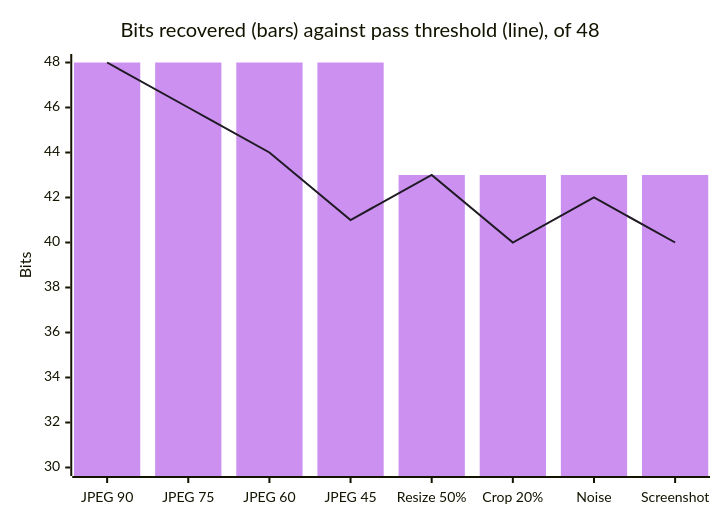
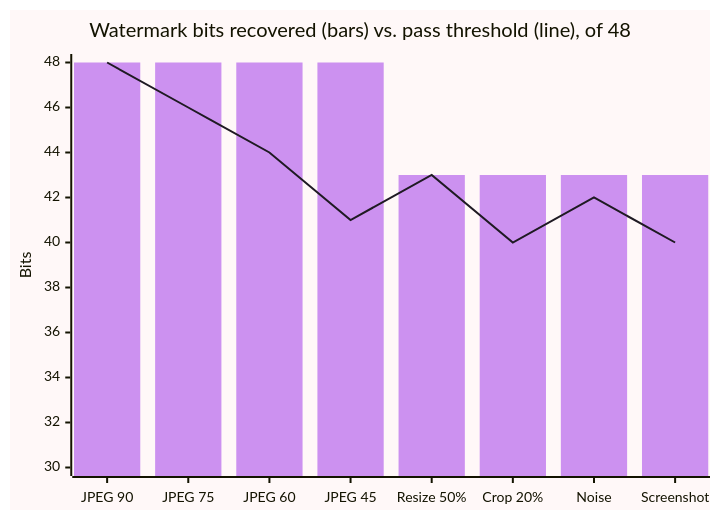
One commit to TIRTHPATEL3086/idex_trinetra changed the fourth of 4 diagrams in README.md. Above: the diagram before and after it, drawn with Mermaid. The commit also changed other lines of this file, not shown here.

````diff
--- a/README.md
+++ b/README.md
@@ -90,9 +191,9 @@
 ```mermaid
-%%{init: {'theme':'base','themeVariables':{'fontFamily':'Inter, -apple-system, Segoe UI, sans-serif','xyChart':{'backgroundColor':'#ffffff','plotColorPalette':'#cc91f0, #1f1a23'}}}}%%
+%%{init: {'theme':'base','themeVariables':{'xyChart':{'backgroundColor':'#fff8f8','plotColorPalette':'#cc91f0, #1f1a23'}}}}%%
 xychart-beta
-    title "Bits recovered (bars) against pass threshold (line), of 48"
+    title "Watermark bits recovered (bars) vs. pass threshold (line), of 48"
     x-axis ["JPEG 90", "JPEG 75", "JPEG 60", "JPEG 45", "Resize 50%", "Crop 20%", "Noise", "Screenshot"]
     y-axis "Bits" 30 --> 48
     bar [48, 48, 48, 48, 43, 43, 43, 43]
     line [48, 46, 44, 41, 43, 40, 42, 40]
 ```
````
